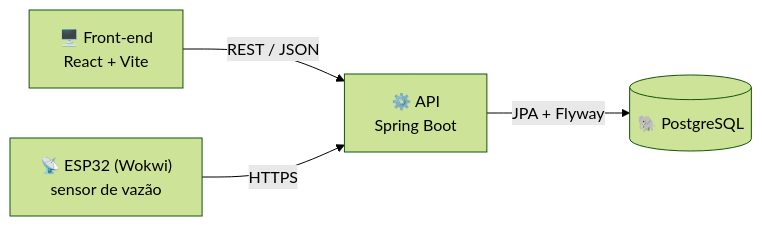
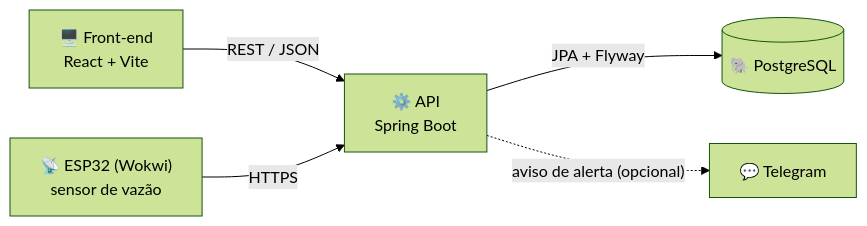
The first of 2 diagrams in README.md (paulomourz/aguas-do-capibaribe), drawn with Mermaid (forest theme) before and after one commit. The commit also changed other lines of this file, not shown here.

````diff
--- a/README.md
+++ b/README.md
@@ -74,6 +77,7 @@
 ```mermaid
 flowchart LR
     W["🖥️ Front-end<br/>React + Vite"] -- "REST / JSON" --> A["⚙️ API<br/>Spring Boot"]
     S["📡 ESP32 (Wokwi)<br/>sensor de vazão"] -- "HTTPS" --> A
     A -- "JPA + Flyway" --> B[("🐘 PostgreSQL")]
+    A -. "aviso de alerta (opcional)" .-> T["💬 Telegram"]
 ```
````
